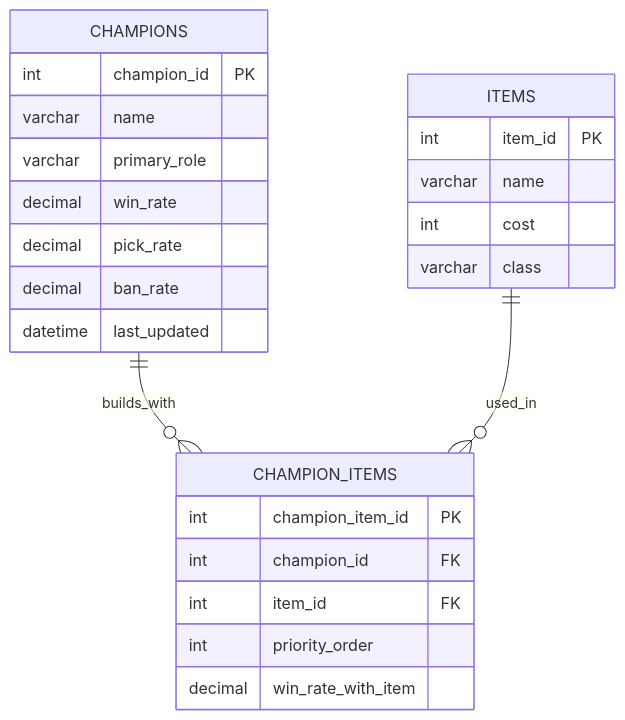
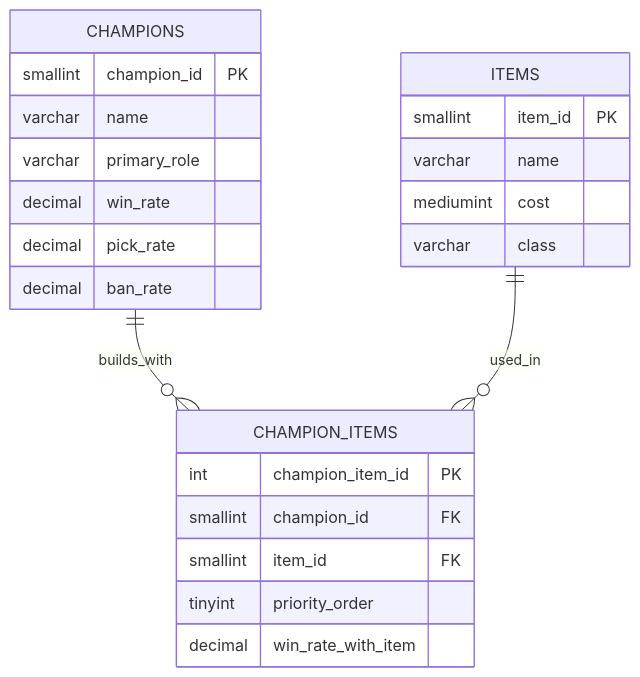
The diagram in final_project/README.md (awahl2/Database-Management-Systems), drawn with Mermaid before and after one commit. The commit also changed other lines of this file, not shown here.

First line of the commit message:
Refine database schema and enhance README content

````diff
--- a/final_project/README.md
+++ b/final_project/README.md
@@ -20,30 +20,29 @@
 ```mermaid
 erDiagram
     CHAMPIONS ||--o{ CHAMPION_ITEMS : "builds_with"
     ITEMS ||--o{ CHAMPION_ITEMS : "used_in"
     
     CHAMPIONS {
-        int champion_id PK
+        smallint champion_id PK
         varchar name
         varchar primary_role
         decimal win_rate
         decimal pick_rate
         decimal ban_rate
-        datetime last_updated
     }
     
     ITEMS {
-        int item_id PK
+        smallint item_id PK
         varchar name
-        int cost
+        mediumint cost
         varchar class
     }
     
     CHAMPION_ITEMS {
         int champion_item_id PK
-        int champion_id FK
-        int item_id FK
-        int priority_order
+        smallint champion_id FK
+        smallint item_id FK
+        tinyint priority_order
         decimal win_rate_with_item
     }
 ```
````
